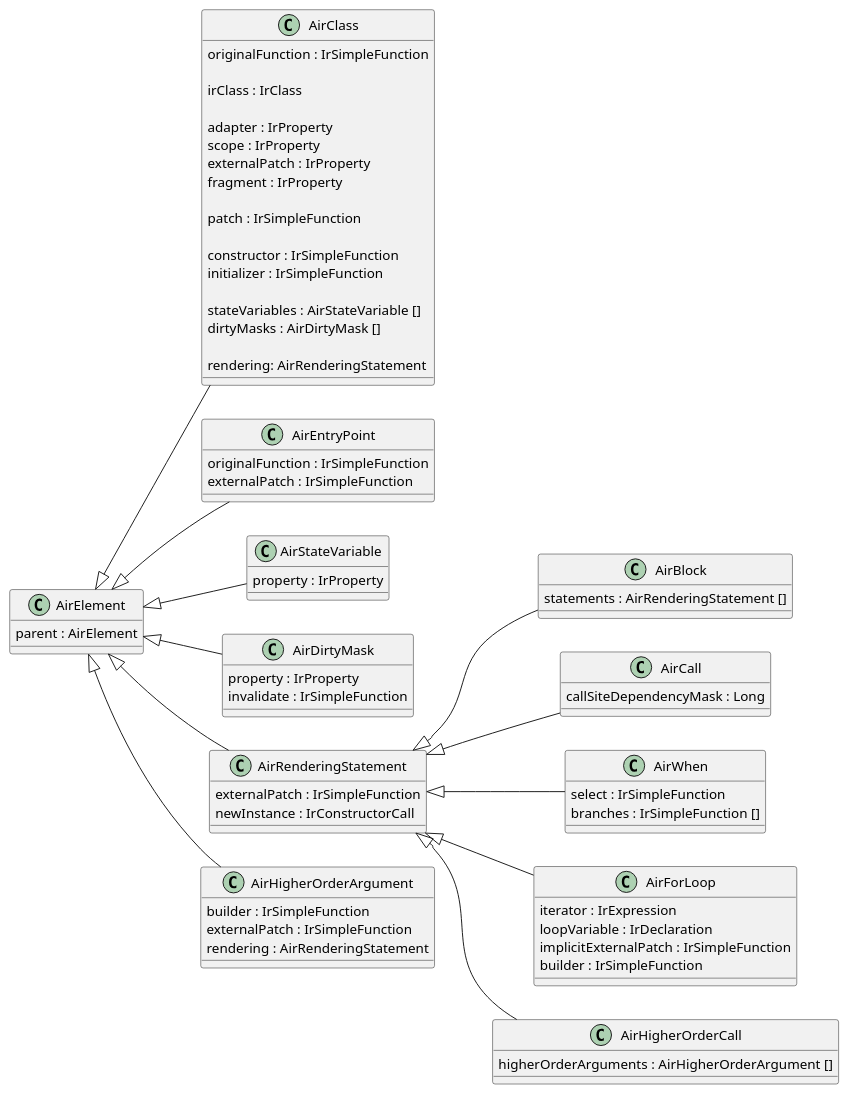
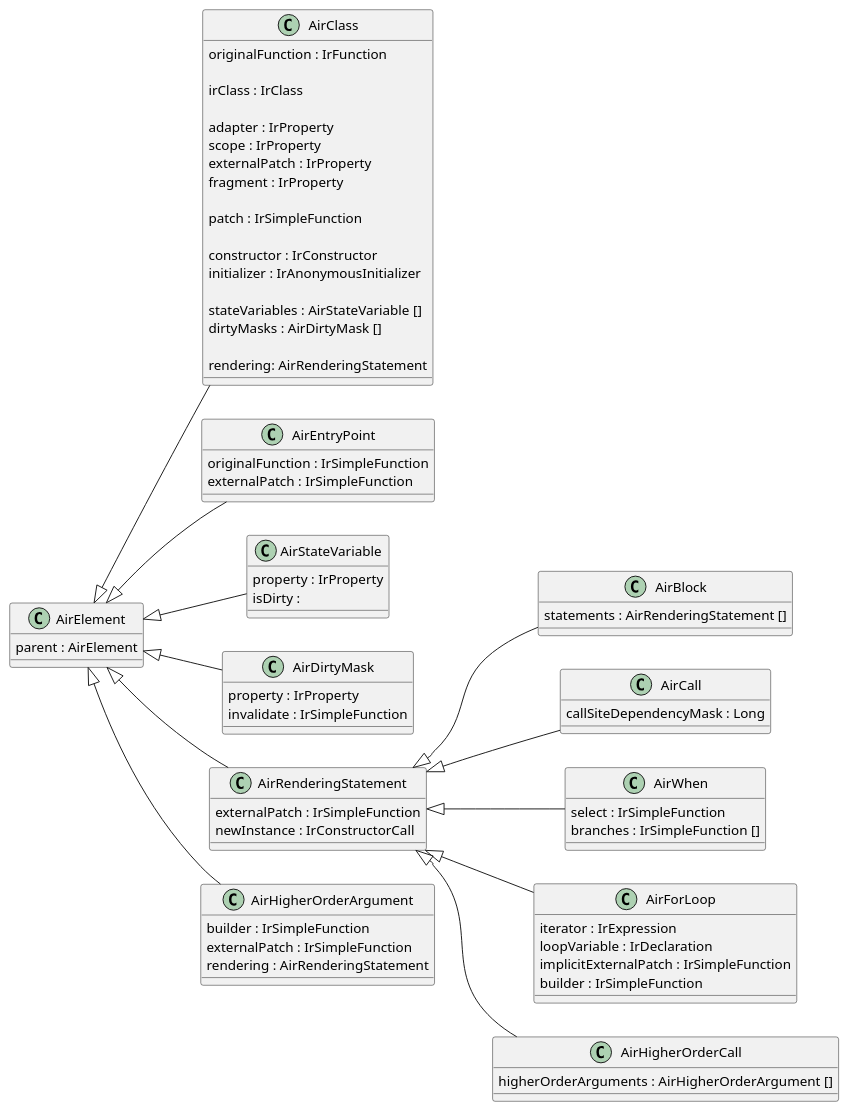
The diagram in doc/internals/Air.puml (spxbhuhb/rui), drawn with PlantUML before and after one commit. The commit also changed 10 other files, not shown here.

```diff
--- a/doc/internals/Air.puml
+++ b/doc/internals/Air.puml
@@ -1,89 +1,90 @@
 @startuml
 
 left to right direction
 
 class AirClass {
-    originalFunction : IrSimpleFunction
+    originalFunction : IrFunction
 
     irClass : IrClass
 
     adapter : IrProperty
     scope : IrProperty
     externalPatch : IrProperty
     fragment : IrProperty
 
     patch : IrSimpleFunction
 
-    constructor : IrSimpleFunction
-    initializer : IrSimpleFunction
+    constructor : IrConstructor
+    initializer : IrAnonymousInitializer
 
     stateVariables : AirStateVariable []
     dirtyMasks : AirDirtyMask []
 
     rendering: AirRenderingStatement
 }
 AirElement <|-- AirClass
 
 class AirEntryPoint {
     originalFunction : IrSimpleFunction
     externalPatch : IrSimpleFunction
 }
 AirElement <|-- AirEntryPoint
 
 class AirStateVariable {
     property : IrProperty
+    isDirty :
 }
 AirElement <|-- AirStateVariable
 
 class AirDirtyMask {
     property : IrProperty
     invalidate : IrSimpleFunction
 }
 AirElement <|-- AirDirtyMask
 
 class AirRenderingStatement {
     externalPatch : IrSimpleFunction
     newInstance : IrConstructorCall
 }
 AirElement <|-- AirRenderingStatement
 
 class AirBlock {
     statements : AirRenderingStatement []
 }
 AirRenderingStatement <|-- AirBlock
 
 class AirCall {
     callSiteDependencyMask : Long
 }
 AirRenderingStatement <|-- AirCall
 
 class AirWhen {
     select : IrSimpleFunction
     branches : IrSimpleFunction []
 }
 AirRenderingStatement <|-- AirWhen
 
 class AirForLoop {
     iterator : IrExpression
     loopVariable : IrDeclaration
     implicitExternalPatch : IrSimpleFunction
     builder : IrSimpleFunction
 }
 AirRenderingStatement <|-- AirForLoop
 
 class AirHigherOrderCall {
     higherOrderArguments : AirHigherOrderArgument []
 }
 AirRenderingStatement <|-- AirHigherOrderCall
 
 class AirHigherOrderArgument {
     builder : IrSimpleFunction
     externalPatch : IrSimpleFunction
     rendering : AirRenderingStatement
 }
 AirElement <|-- AirHigherOrderArgument
 
 class AirElement {
     parent : AirElement
 }
 @enduml
```
